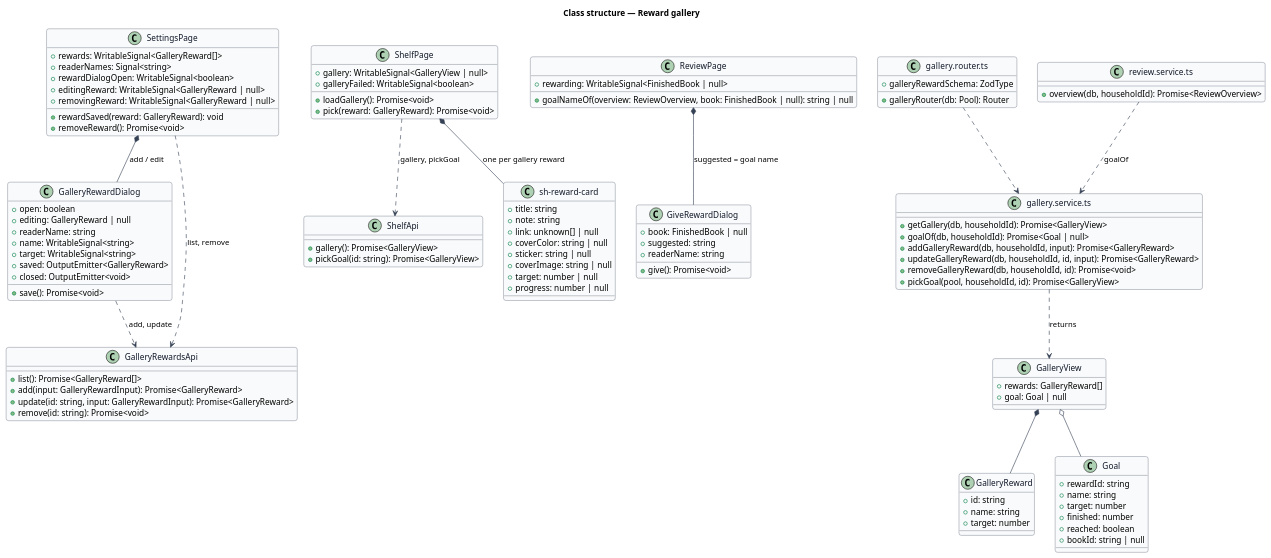
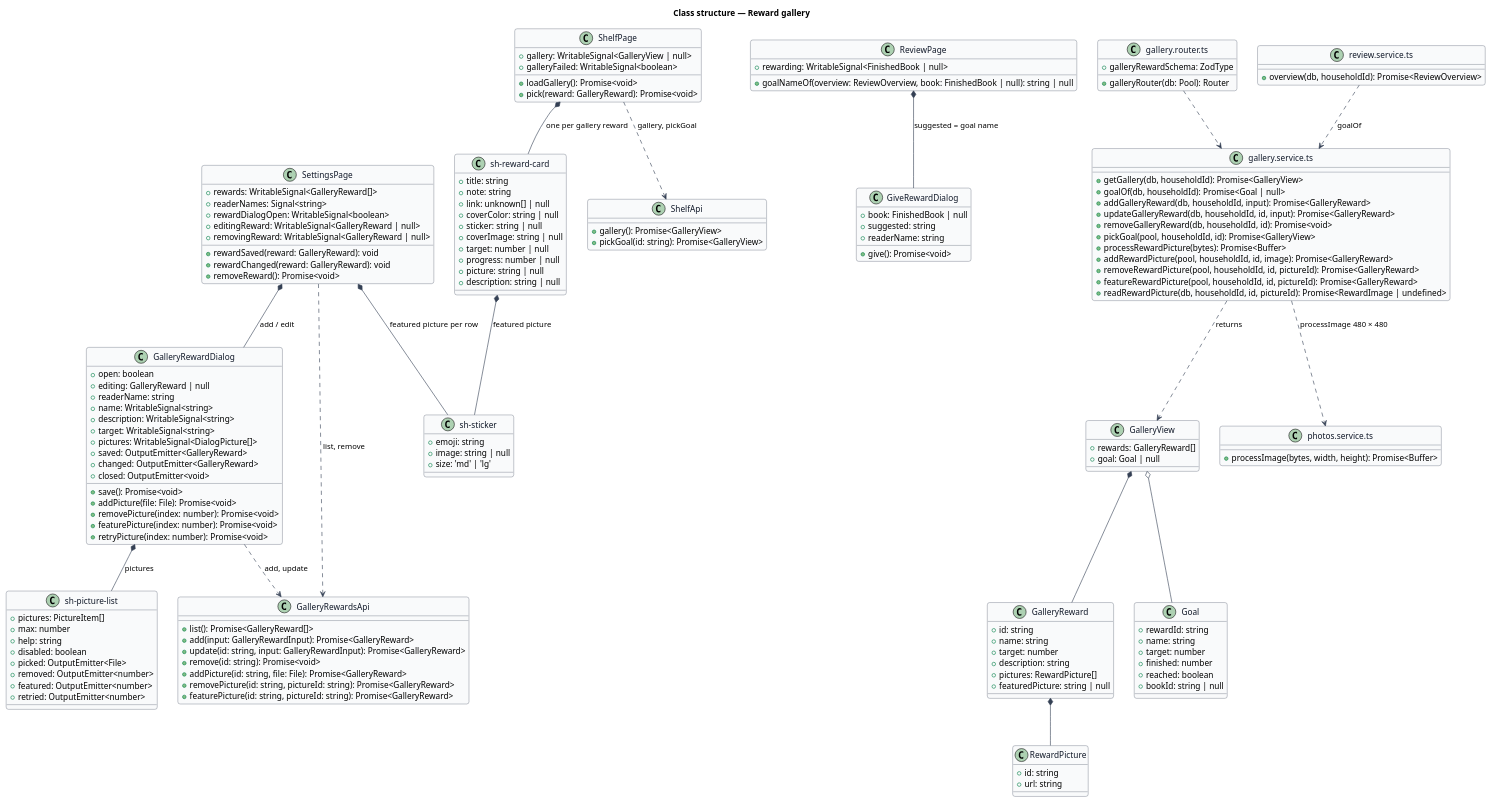
One commit to QuinntyneBrown/shelfie changed the diagram in docs/detailed-designs/review/reward-gallery/diagrams/class-structure.puml. Above: the diagram before and after it, drawn with PlantUML. The commit also changed 10 other files, not shown here.

First line of the commit message:
Design reward descriptions and pictures: migration 006, picture routes, components, diagrams and ADR-0010

```diff
--- a/docs/detailed-designs/review/reward-gallery/diagrams/class-structure.puml
+++ b/docs/detailed-designs/review/reward-gallery/diagrams/class-structure.puml
@@ -1,126 +1,178 @@
 @startuml
 skinparam backgroundColor #FFFFFF
 skinparam shadowing false
 skinparam roundcorner 8
 skinparam defaultFontName Arial
 skinparam ArrowColor #344054
 skinparam class {
   BorderColor #344054
   FontColor #101828
   BackgroundColor #F9FAFB
 }
 title Class structure — Reward gallery
 
 class SettingsPage {
   +rewards: WritableSignal<GalleryReward[]>
   +readerNames: Signal<string>
   +rewardDialogOpen: WritableSignal<boolean>
   +editingReward: WritableSignal<GalleryReward | null>
   +removingReward: WritableSignal<GalleryReward | null>
   +rewardSaved(reward: GalleryReward): void
+  +rewardChanged(reward: GalleryReward): void
   +removeReward(): Promise<void>
 }
 
 class GalleryRewardDialog {
   +open: boolean
   +editing: GalleryReward | null
   +readerName: string
   +name: WritableSignal<string>
+  +description: WritableSignal<string>
   +target: WritableSignal<string>
+  +pictures: WritableSignal<DialogPicture[]>
   +saved: OutputEmitter<GalleryReward>
+  +changed: OutputEmitter<GalleryReward>
   +closed: OutputEmitter<void>
   +save(): Promise<void>
+  +addPicture(file: File): Promise<void>
+  +removePicture(index: number): Promise<void>
+  +featurePicture(index: number): Promise<void>
+  +retryPicture(index: number): Promise<void>
+}
+
+class "sh-picture-list" as PictureList {
+  +pictures: PictureItem[]
+  +max: number
+  +help: string
+  +disabled: boolean
+  +picked: OutputEmitter<File>
+  +removed: OutputEmitter<number>
+  +featured: OutputEmitter<number>
+  +retried: OutputEmitter<number>
+}
+
+class "sh-sticker" as Sticker {
+  +emoji: string
+  +image: string | null
+  +size: 'md' | 'lg'
 }
 
 class GalleryRewardsApi {
   +list(): Promise<GalleryReward[]>
   +add(input: GalleryRewardInput): Promise<GalleryReward>
   +update(id: string, input: GalleryRewardInput): Promise<GalleryReward>
   +remove(id: string): Promise<void>
+  +addPicture(id: string, file: File): Promise<GalleryReward>
+  +removePicture(id: string, pictureId: string): Promise<GalleryReward>
+  +featurePicture(id: string, pictureId: string): Promise<GalleryReward>
 }
 
 class ShelfPage {
   +gallery: WritableSignal<GalleryView | null>
   +galleryFailed: WritableSignal<boolean>
   +loadGallery(): Promise<void>
   +pick(reward: GalleryReward): Promise<void>
 }
 
 class ShelfApi {
   +gallery(): Promise<GalleryView>
   +pickGoal(id: string): Promise<GalleryView>
 }
 
 class ReviewPage {
   +rewarding: WritableSignal<FinishedBook | null>
   +goalNameOf(overview: ReviewOverview, book: FinishedBook | null): string | null
 }
 
 class GiveRewardDialog {
   +book: FinishedBook | null
   +suggested: string
   +readerName: string
   +give(): Promise<void>
 }
 
 class "sh-reward-card" as RewardCard {
   +title: string
   +note: string
   +link: unknown[] | null
   +coverColor: string | null
   +sticker: string | null
   +coverImage: string | null
   +target: number | null
   +progress: number | null
+  +picture: string | null
+  +description: string | null
 }
 
 class GalleryView {
   +rewards: GalleryReward[]
   +goal: Goal | null
 }
 
 class GalleryReward {
   +id: string
   +name: string
   +target: number
+  +description: string
+  +pictures: RewardPicture[]
+  +featuredPicture: string | null
+}
+
+class RewardPicture {
+  +id: string
+  +url: string
 }
 
 class Goal {
   +rewardId: string
   +name: string
   +target: number
   +finished: number
   +reached: boolean
   +bookId: string | null
 }
 
 class "gallery.router.ts" as Router {
   +galleryRouter(db: Pool): Router
   +galleryRewardSchema: ZodType
 }
 
 class "gallery.service.ts" as Service {
   +getGallery(db, householdId): Promise<GalleryView>
   +goalOf(db, householdId): Promise<Goal | null>
   +addGalleryReward(db, householdId, input): Promise<GalleryReward>
   +updateGalleryReward(db, householdId, id, input): Promise<GalleryReward>
   +removeGalleryReward(db, householdId, id): Promise<void>
   +pickGoal(pool, householdId, id): Promise<GalleryView>
+  +processRewardPicture(bytes): Promise<Buffer>
+  +addRewardPicture(pool, householdId, id, image): Promise<GalleryReward>
+  +removeRewardPicture(pool, householdId, id, pictureId): Promise<GalleryReward>
+  +featureRewardPicture(pool, householdId, id, pictureId): Promise<GalleryReward>
+  +readRewardPicture(db, householdId, id, pictureId): Promise<RewardImage | undefined>
+}
+
+class "photos.service.ts" as Photos {
+  +processImage(bytes, width, height): Promise<Buffer>
 }
 
 class "review.service.ts" as ReviewService {
   +overview(db, householdId): Promise<ReviewOverview>
 }
 
 SettingsPage *-- GalleryRewardDialog : add / edit
 SettingsPage ..> GalleryRewardsApi : list, remove
 GalleryRewardDialog ..> GalleryRewardsApi : add, update
 ShelfPage ..> ShelfApi : gallery, pickGoal
 ShelfPage *-- RewardCard : one per gallery reward
 ReviewPage *-- GiveRewardDialog : suggested = goal name
 GalleryView *-- GalleryReward
 GalleryView o-- Goal
 Router ..> Service
+Service ..> Photos : processImage 480 × 480
+GalleryRewardDialog *-- PictureList : pictures
+SettingsPage *-- Sticker : featured picture per row
+RewardCard *-- Sticker : featured picture
+GalleryReward *-- RewardPicture
 ReviewService ..> Service : goalOf
 Service ..> GalleryView : returns
 @enduml
```
